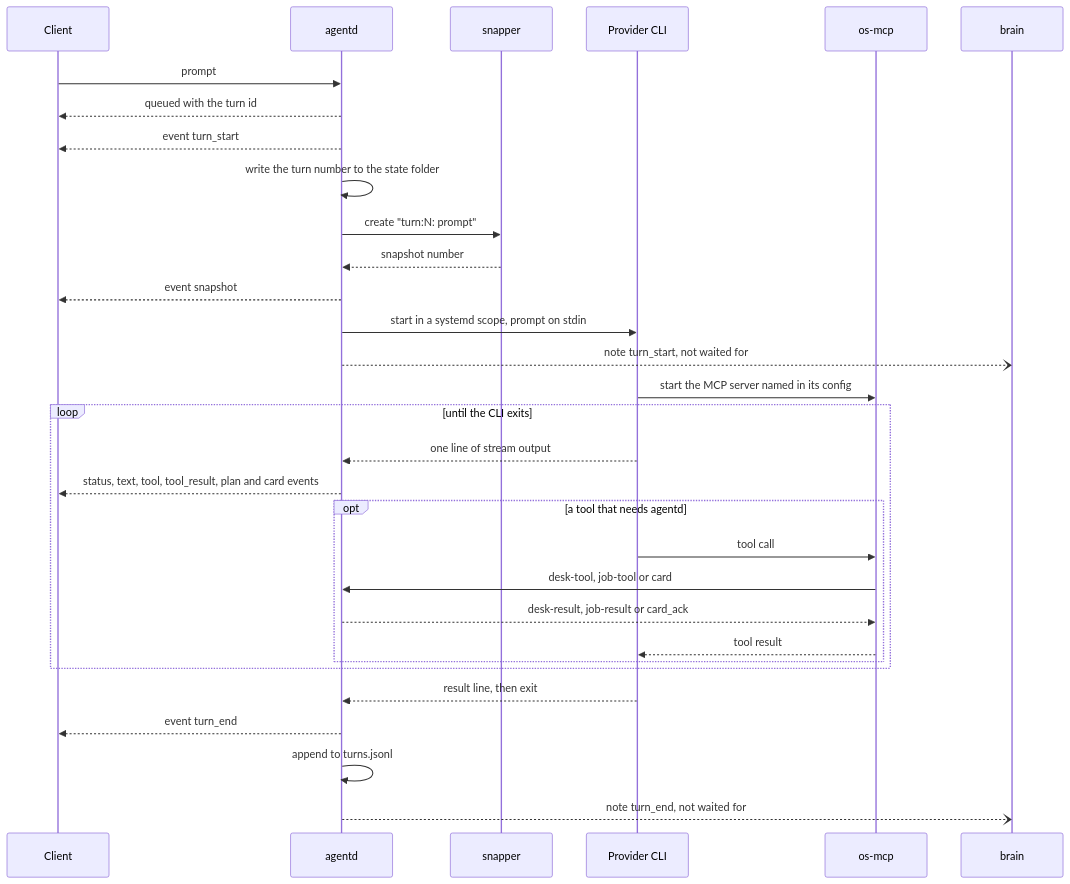
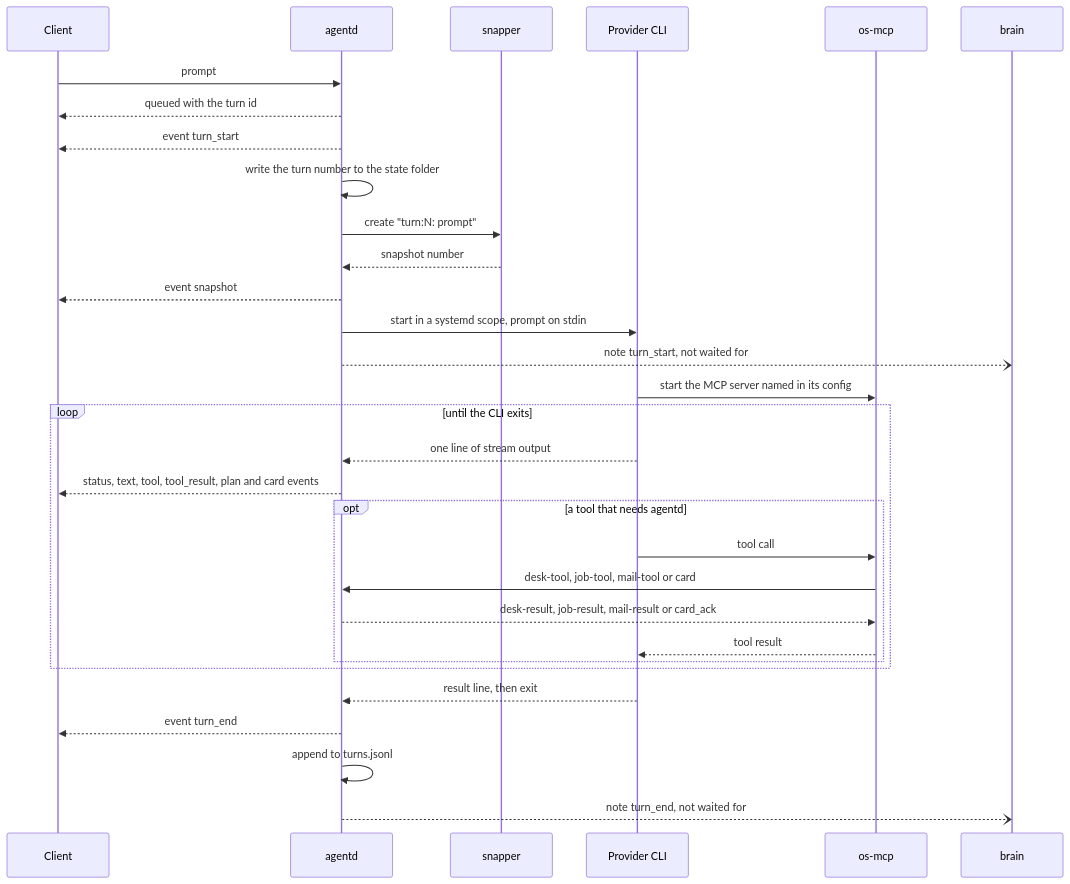
One commit to thedefaultman/Bombadil changed the first of 2 diagrams in docs/architecture/agentd.md. Above: the diagram before and after it, drawn with Mermaid. The commit also changed other lines of this file and 18 other files, not shown here.

First line of the commit message:
docs: architecture page updates against current main (checks interrupted)

````diff
--- a/docs/architecture/agentd.md
+++ b/docs/architecture/agentd.md
@@ -14,33 +14,33 @@
 ```mermaid
 sequenceDiagram
     participant C as Client
     participant A as agentd
     participant S as snapper
     participant P as Provider CLI
     participant M as os-mcp
     participant B as brain
     C->>A: prompt
     A-->>C: queued with the turn id
     A-->>C: event turn_start
     A->>A: write the turn number to the state folder
     A->>S: create "turn:N: prompt"
     S-->>A: snapshot number
     A-->>C: event snapshot
     A->>P: start in a systemd scope, prompt on stdin
     A--)B: note turn_start, not waited for
     P->>M: start the MCP server named in its config
     loop until the CLI exits
         P-->>A: one line of stream output
         A-->>C: status, text, tool, tool_result, plan and card events
         opt a tool that needs agentd
             P->>M: tool call
-            M->>A: desk-tool, job-tool or card
-            A-->>M: desk-result, job-result or card_ack
+            M->>A: desk-tool, job-tool, mail-tool or card
+            A-->>M: desk-result, job-result, mail-result or card_ack
             M-->>P: tool result
         end
     end
     P-->>A: result line, then exit
     A-->>C: event turn_end
     A->>A: append to turns.jsonl
     A--)B: note turn_end, not waited for
 ```
````
